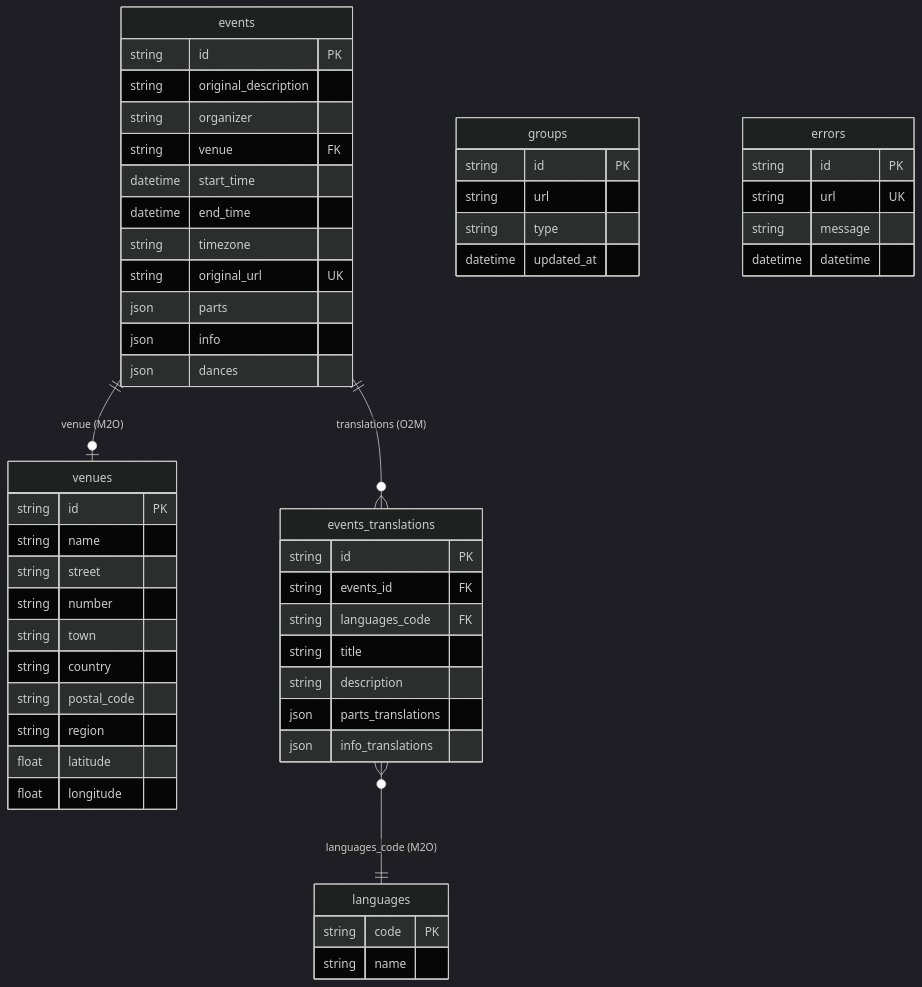
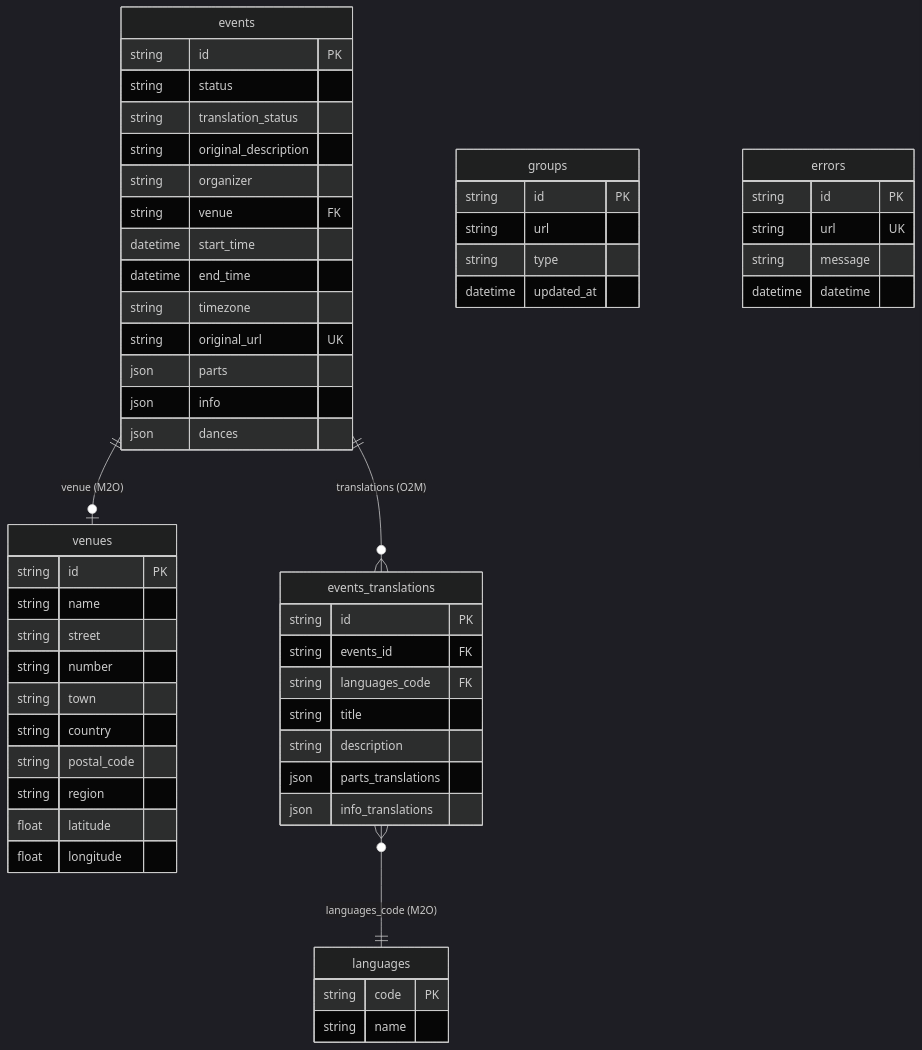
The fourth of 4 diagrams in .kiro/specs/event-workflow-restate/design.md (mjablecnik/Dancee-2.0), drawn with Mermaid (dark theme) before and after one commit. The commit also changed other lines of this file and 1 other file, not shown here.

Commit message:
feat: set default event status to published and track translation completeness

````diff
--- a/.kiro/specs/event-workflow-restate/design.md
+++ b/.kiro/specs/event-workflow-restate/design.md
@@ -475,56 +479,58 @@
 ```mermaid
 erDiagram
     events ||--o| venues : "venue (M2O)"
     events ||--o{ events_translations : "translations (O2M)"
     events_translations }o--|| languages : "languages_code (M2O)"
     events {
         string id PK
+        string status
+        string translation_status
         string original_description
         string organizer
         string venue FK
         datetime start_time
         datetime end_time
         string timezone
         string original_url UK
         json parts
         json info
         json dances
     }
     events_translations {
         string id PK
         string events_id FK
         string languages_code FK
         string title
         string description
         json parts_translations
         json info_translations
     }
     languages {
         string code PK
         string name
     }
     venues {
         string id PK
         string name
         string street
         string number
         string town
         string country
         string postal_code
         string region
         float latitude
         float longitude
     }
     groups {
         string id PK
         string url
         string type
         datetime updated_at
     }
     errors {
         string id PK
         string url UK
         string message
         datetime datetime
     }
 ```
````
